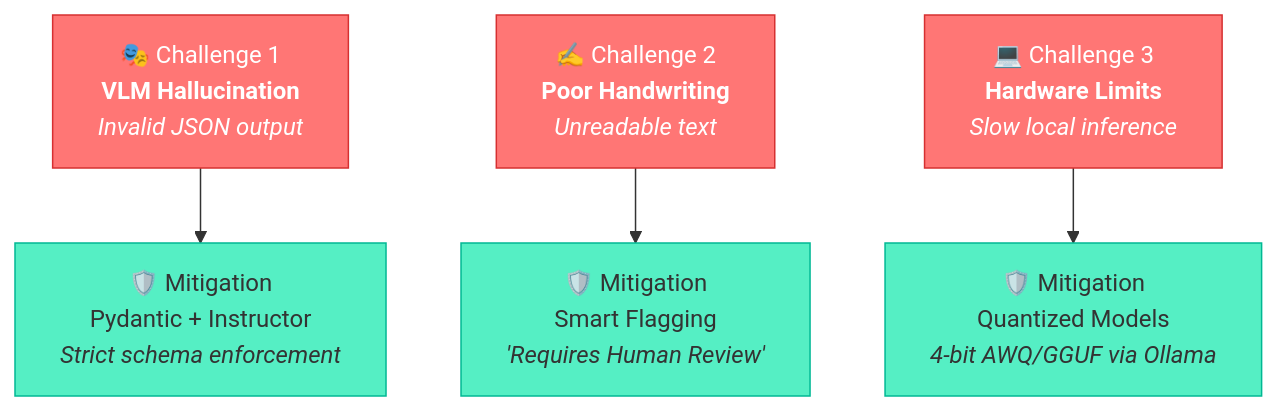
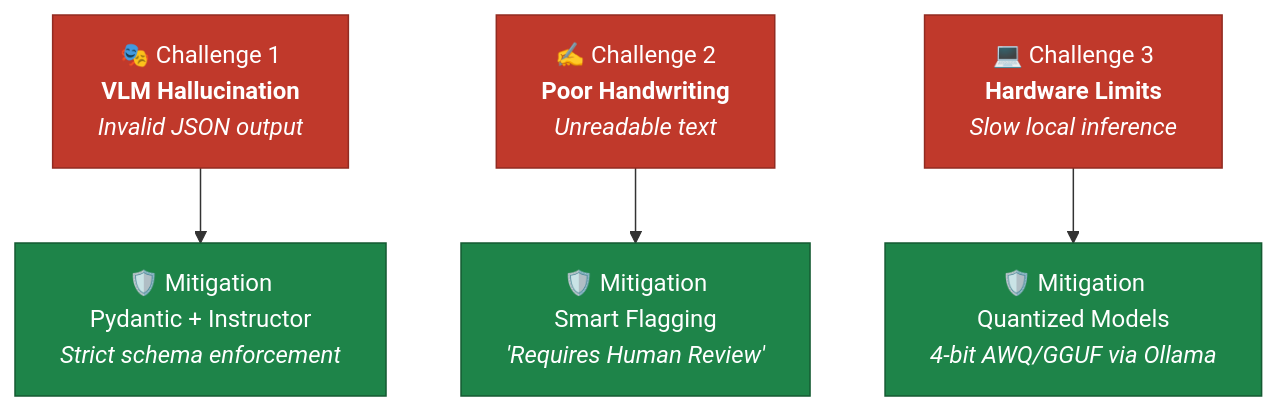
Diagram 12 of 12 in README.md (KJCREATOR/VYOMEXTRACT), drawn with Mermaid before and after one commit. The commit also changed other lines of this file, not shown here.

````diff
--- a/README.md
+++ b/README.md
@@ -550,22 +556,22 @@
 ```mermaid
 graph TD
     C1["🎭 Challenge 1<br/><b>VLM Hallucination</b><br/><i>Invalid JSON output</i>"]
     M1["🛡️ Mitigation<br/>Pydantic + Instructor<br/><i>Strict schema enforcement</i>"]
 
     C2["✍️ Challenge 2<br/><b>Poor Handwriting</b><br/><i>Unreadable text</i>"]
     M2["🛡️ Mitigation<br/>Smart Flagging<br/><i>'Requires Human Review'</i>"]
 
     C3["💻 Challenge 3<br/><b>Hardware Limits</b><br/><i>Slow local inference</i>"]
     M3["🛡️ Mitigation<br/>Quantized Models<br/><i>4-bit AWQ/GGUF via Ollama</i>"]
 
     C1 --> M1
     C2 --> M2
     C3 --> M3
 
-    style C1 fill:#ff7675,stroke:#d63031,color:#fff
-    style C2 fill:#ff7675,stroke:#d63031,color:#fff
-    style C3 fill:#ff7675,stroke:#d63031,color:#fff
-    style M1 fill:#55efc4,stroke:#00b894
-    style M2 fill:#55efc4,stroke:#00b894
-    style M3 fill:#55efc4,stroke:#00b894
+    style C1 fill:#c0392b,stroke:#922b21,color:#fff
+    style C2 fill:#c0392b,stroke:#922b21,color:#fff
+    style C3 fill:#c0392b,stroke:#922b21,color:#fff
+    style M1 fill:#1e8449,stroke:#145a32,color:#fff
+    style M2 fill:#1e8449,stroke:#145a32,color:#fff
+    style M3 fill:#1e8449,stroke:#145a32,color:#fff
 ```
````
